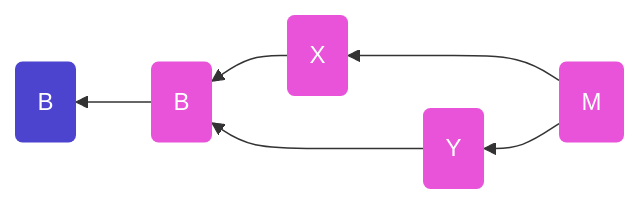
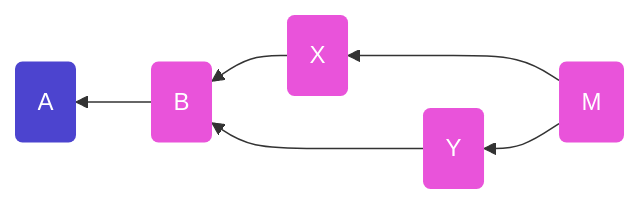
One commit to ssbc/sips changed the second of 2 diagrams in 009.md. Above: the diagram before and after it, drawn with Mermaid. The commit also changed other lines of this file, not shown here.

Commit message:
typo fix

````diff
--- a/009.md
+++ b/009.md
@@ -131,10 +131,10 @@
 ```mermaid
 flowchart RL
-A(B):::root;B(B);X(X);Y(Y);M(M);
+A(A):::root;B(B);X(X);Y(Y);M(M);
 
 M-->X-->B-->A
 M-->Y--->B
 
 classDef default fill: #e953da, stroke-width: 0, color: white
 classDef root fill: #4c44cf, stroke-width: 0, color: white
 ```
````
